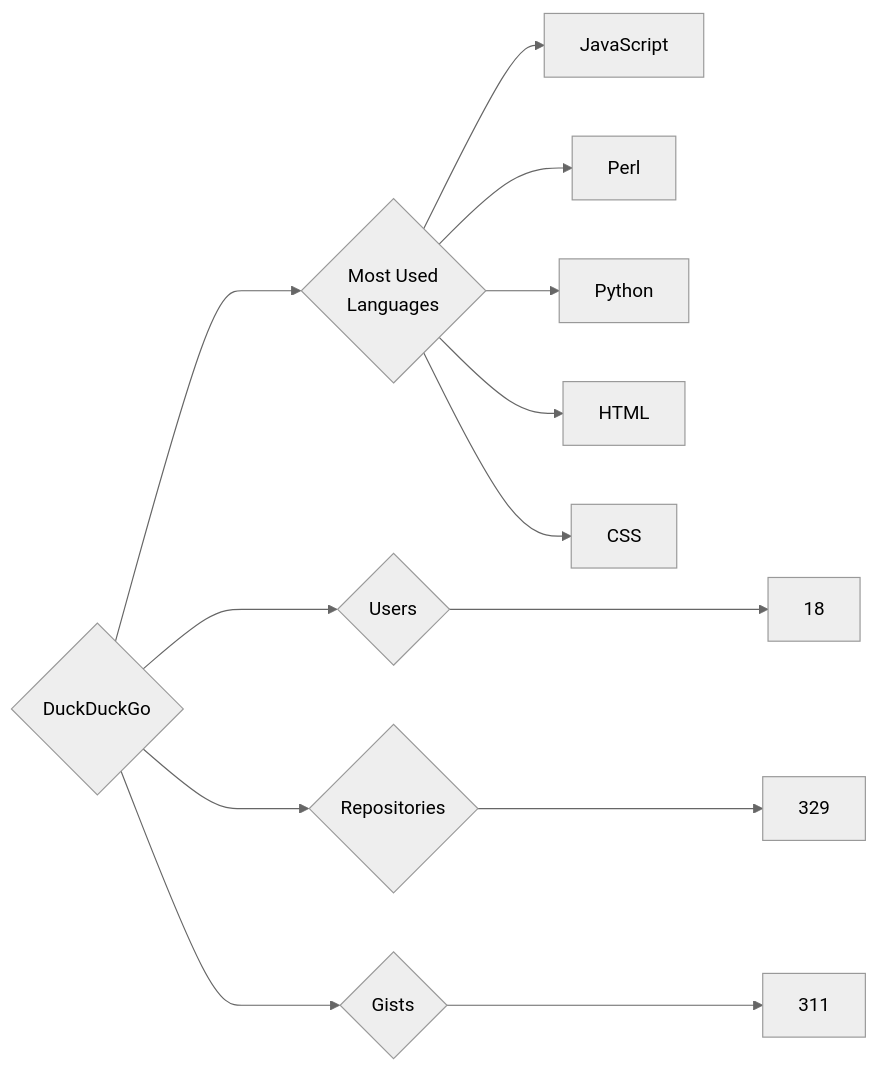
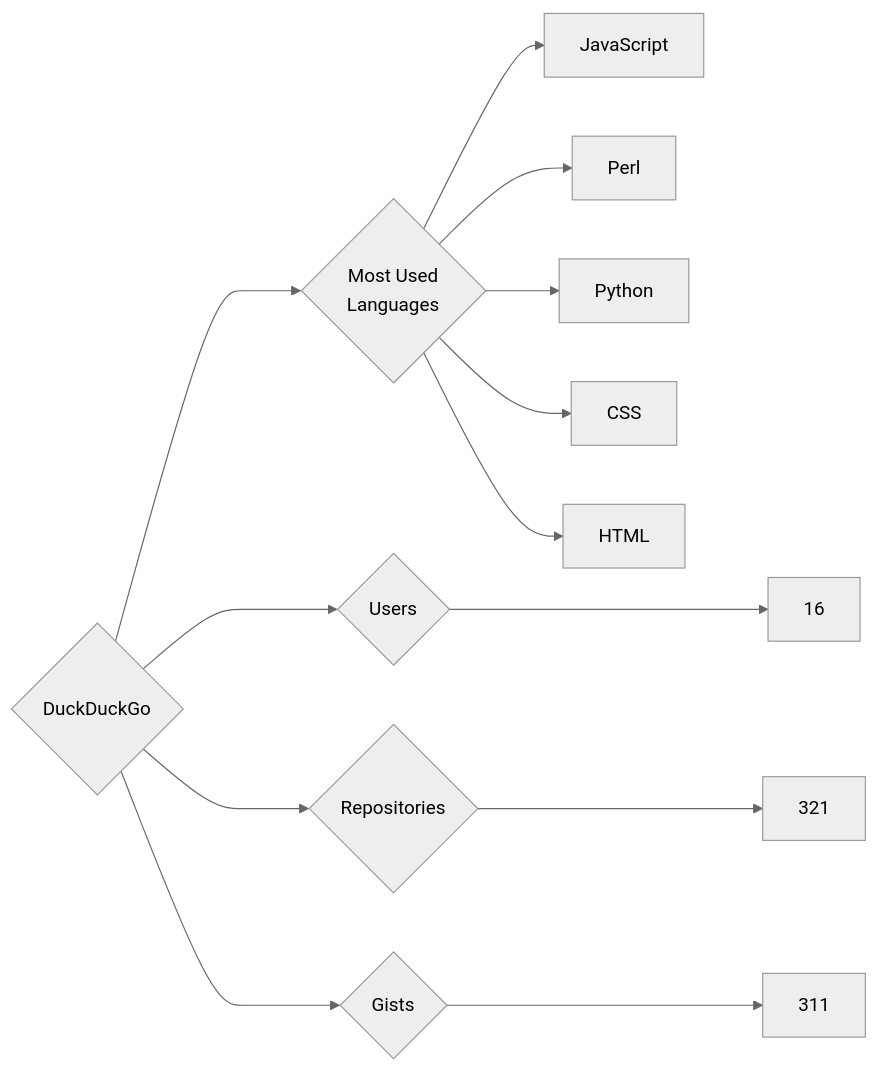
The diagram in targets/DuckDuckGo/README.md (trickest/insiders), drawn with Mermaid (neutral theme) before and after one commit. The commit also changed 693 other files, not shown here.

````diff
--- a/targets/DuckDuckGo/README.md
+++ b/targets/DuckDuckGo/README.md
@@ -3,13 +3,13 @@
 ```mermaid
 graph LR
 COMPANY_NAME{DuckDuckGo}
-COMPANY_NAME ---> U{Users} ---> UN[18]
-COMPANY_NAME ---> R{Repositories} ---> RN[329]
+COMPANY_NAME ---> U{Users} ---> UN[16]
+COMPANY_NAME ---> R{Repositories} ---> RN[321]
 COMPANY_NAME ---> G{Gists} ---> GN[311]
 COMPANY_NAME ---> ML{Most Used<br>Languages}
 ML --> JavaScript[JavaScript]
 ML --> Perl[Perl]
 ML --> Python[Python]
+ML --> CSS[CSS]
 ML --> HTML[HTML]
-ML --> CSS[CSS]
 ```
````
